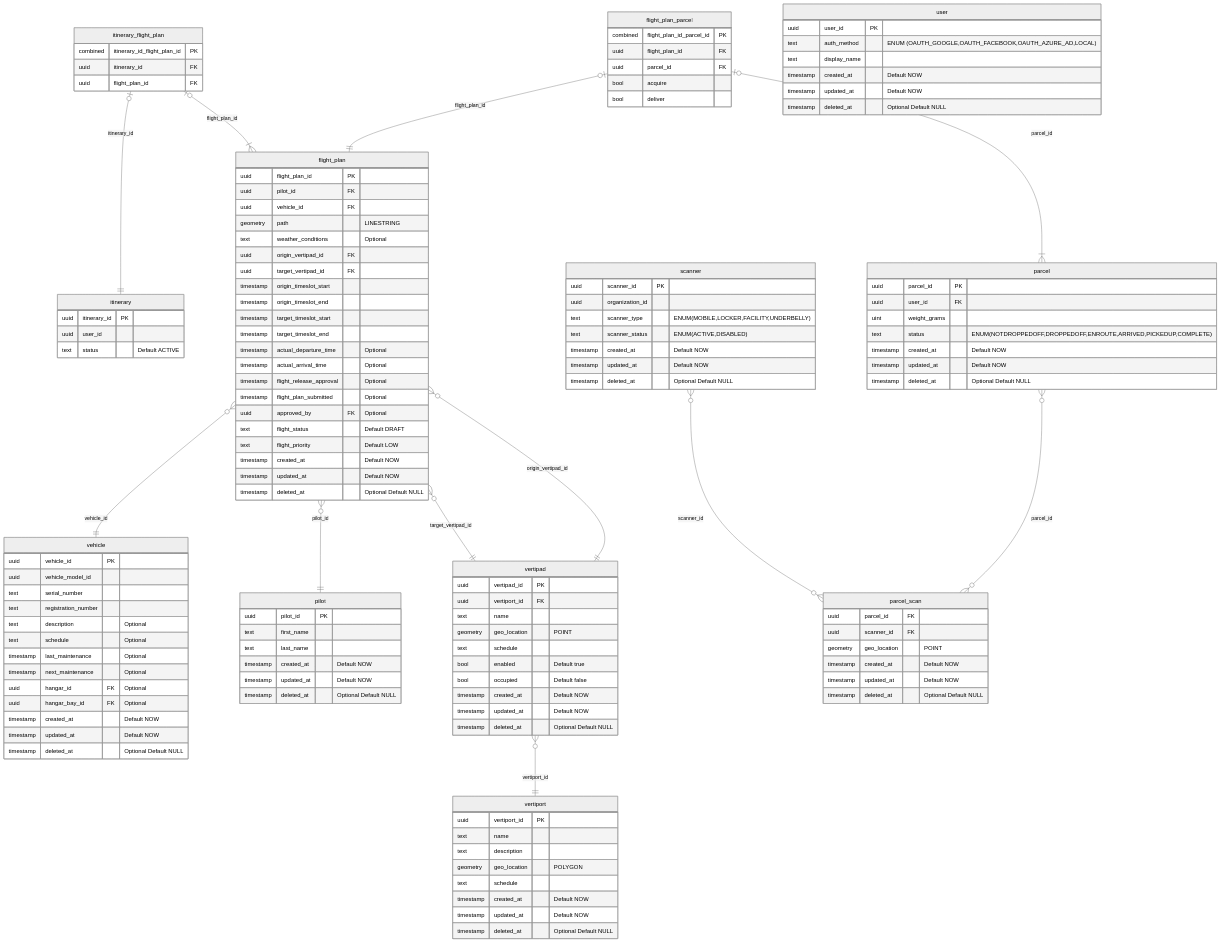
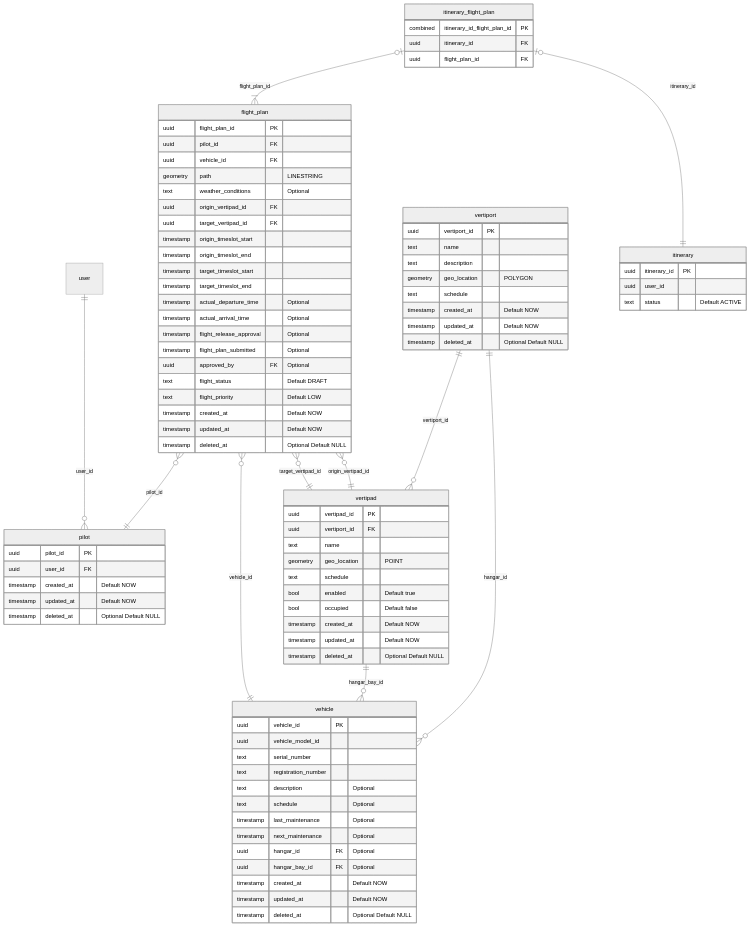
One commit to aetheric-oss/svc-storage changed diagram 14 of 18 in docs/sdd.md. Above: the diagram before and after it, drawn with Mermaid (neutral theme). The commit also changed other lines of this file and 37 other files, not shown here.

Commit message:
feat(groups): add vehicle, vertipad and vertiport group services

````diff
--- a/docs/sdd.md
+++ b/docs/sdd.md
@@ -633,5 +647,54 @@
 ```mermaid
 erDiagram
+    pilot {
+        uuid pilot_id PK
+        uuid user_id FK
+        timestamp created_at "Default NOW"
+        timestamp updated_at "Default NOW"
+        timestamp deleted_at "Optional Default NULL"
+    }
+
+    vehicle {
+        uuid vehicle_id PK
+        uuid vehicle_model_id
+        text serial_number
+        text registration_number
+        text description "Optional"
+        text schedule "Optional"
+        timestamp last_maintenance "Optional"
+        timestamp next_maintenance "Optional"
+        uuid hangar_id FK "Optional"
+        uuid hangar_bay_id FK "Optional"
+        timestamp created_at "Default NOW"
+        timestamp updated_at "Default NOW"
+        timestamp deleted_at "Optional Default NULL"
+    }
+    vertipad {
+        uuid vertipad_id PK
+        uuid vertiport_id FK
+        text name
+        geometry geo_location "POINT"
+        text schedule
+        bool enabled "Default true"
+        bool occupied "Default false"
+        timestamp created_at "Default NOW"
+        timestamp updated_at "Default NOW"
+        timestamp deleted_at "Optional Default NULL"
+    }
+    vertiport {
+        uuid vertiport_id PK
+        text name
+        text description
+        geometry geo_location "POLYGON"
+        text schedule
+        timestamp created_at "Default NOW"
+        timestamp updated_at "Default NOW"
+        timestamp deleted_at "Optional Default NULL"
+    }
+    vertiport ||--o{ vertipad : vertiport_id
+    vertiport ||--o{ vehicle : hangar_id
+    vertipad ||--o{ vehicle : hangar_bay_id
+
     flight_plan {
         uuid flight_plan_id PK
         uuid pilot_id FK
@@ -655,13 +718,12 @@
         timestamp updated_at "Default NOW"
         timestamp deleted_at "Optional Default NULL"
     }
-    flight_plan_parcel {
-        combined flight_plan_id_parcel_id PK
-        uuid flight_plan_id FK
-        uuid parcel_id FK
-        bool acquire
-        bool deliver
-    }
+    flight_plan }o--|| vertipad : origin_vertipad_id
+    flight_plan }o--|| vertipad : target_vertipad_id
+    flight_plan }o--|| pilot : pilot_id
+    flight_plan }o--|| vehicle : vehicle_id
+    user ||--o{ pilot : user_id
+
     itinerary {
         uuid itinerary_id PK
         uuid user_id
@@ -672,99 +734,6 @@
         uuid itinerary_id FK
         uuid flight_plan_id FK
     }
-    vertiport {
-        uuid vertiport_id PK
-        text name
-        text description
-        geometry geo_location "POLYGON"
-        text schedule
-        timestamp created_at "Default NOW"
-        timestamp updated_at "Default NOW"
-        timestamp deleted_at "Optional Default NULL"
-    }
-    vertipad {
-        uuid vertipad_id PK
-        uuid vertiport_id FK
-        text name
-        geometry geo_location "POINT"
-        text schedule
-        bool enabled "Default true"
-        bool occupied "Default false"
-        timestamp created_at "Default NOW"
-        timestamp updated_at "Default NOW"
-        timestamp deleted_at "Optional Default NULL"
-    }
-    pilot {
-        uuid pilot_id PK
-        text first_name
-        text last_name
-        timestamp created_at "Default NOW"
-        timestamp updated_at "Default NOW"
-        timestamp deleted_at "Optional Default NULL"
-    }
-    vehicle {
-        uuid vehicle_id PK
-        uuid vehicle_model_id
-        text serial_number
-        text registration_number
-        text description "Optional"
-        text schedule "Optional"
-        timestamp last_maintenance "Optional"
-        timestamp next_maintenance "Optional"
-        uuid hangar_id FK "Optional"
-        uuid hangar_bay_id FK "Optional"
-        timestamp created_at "Default NOW"
-        timestamp updated_at "Default NOW"
-        timestamp deleted_at "Optional Default NULL"
-    }
-    scanner {
-        uuid scanner_id PK
-        uuid organization_id
-        text scanner_type "ENUM(MOBILE,LOCKER,FACILITY,UNDERBELLY)"
-        text scanner_status "ENUM(ACTIVE,DISABLED)"
-        timestamp created_at "Default NOW"
-        timestamp updated_at "Default NOW"
-        timestamp deleted_at "Optional Default NULL"
-    }
-    parcel {
-        uuid parcel_id PK
-        uuid user_id FK
-        uint weight_grams
-        text status "ENUM(NOTDROPPEDOFF,DROPPEDOFF,ENROUTE,ARRIVED,PICKEDUP,COMPLETE)"
-        timestamp created_at "Default NOW"
-        timestamp updated_at "Default NOW"
-        timestamp deleted_at "Optional Default NULL"
-    }
-    parcel_scan {
-        uuid parcel_id FK
-        uuid scanner_id FK
-        geometry geo_location "POINT"
-        timestamp created_at "Default NOW"
-        timestamp updated_at "Default NOW"
-        timestamp deleted_at "Optional Default NULL"
-    }
-    user {
-        uuid user_id PK
-        text auth_method "ENUM (OAUTH_GOOGLE,OAUTH_FACEBOOK,OAUTH_AZURE_AD,LOCAL)"
-        text display_name
-        timestamp created_at "Default NOW"
-        timestamp updated_at "Default NOW"
-        timestamp deleted_at "Optional Default NULL"
-    }
-
-    flight_plan }o--|| vertipad : origin_vertipad_id
-    flight_plan }o--|| vertipad : target_vertipad_id
-    flight_plan }o--|| pilot : pilot_id
-    flight_plan }o--|| vehicle : vehicle_id
-
     itinerary_flight_plan |o--|{ flight_plan : flight_plan_id
     itinerary_flight_plan |o--|| itinerary : itinerary_id
-
-    vertipad }o--|| vertiport : vertiport_id
-
-    parcel }o--o{ parcel_scan : parcel_id
-    scanner }o--o{ parcel_scan : scanner_id
-
-    flight_plan_parcel |o--|{ parcel : parcel_id
-    flight_plan_parcel |o--|| flight_plan : flight_plan_id
 ```
````
